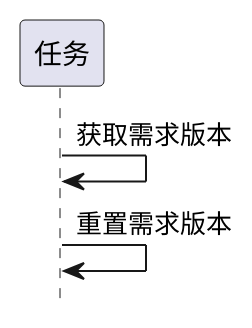
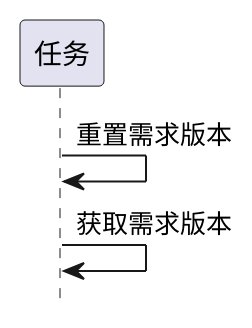
One commit to goblinln/iBizPMS changed the sixth of 16 diagrams in ibizpms-docs/src/main/doc/v1/module/zentao/Task_old.md. Above: the diagram before and after it, drawn with PlantUML. The commit also changed other lines of this file and 563 other files, not shown here.

```diff
--- a/ibizpms-docs/src/main/doc/v1/module/zentao/Task_old.md
+++ b/ibizpms-docs/src/main/doc/v1/module/zentao/Task_old.md
@@ -402,6 +402,6 @@
 {% plantuml %}
 hide footbox
 
+任务 -> 任务: 重置需求版本
 任务 -> 任务: 获取需求版本
-任务 -> 任务: 重置需求版本
 {% endplantuml %}
```
